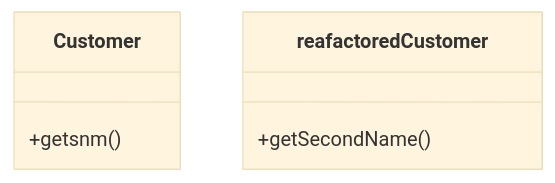
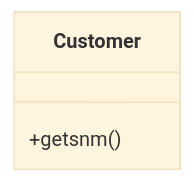
One commit to mindulle/garden changed the first of 2 diagrams in tree/refactoring/techniques/simplifying-method-calls/rename-method.md. Above: the diagram before and after it, drawn with Mermaid (base theme). The commit also changed other lines of this file and 34 other files, not shown here.

````diff
--- a/tree/refactoring/techniques/simplifying-method-calls/rename-method.md
+++ b/tree/refactoring/techniques/simplifying-method-calls/rename-method.md
@@ -16,9 +12,6 @@
 ```mermaid
 classDiagram
   class Customer{  
     +getsnm() 
   }
-  class reafactoredCustomer{  
-    +getSecondName() 
-  }
 ```
````
